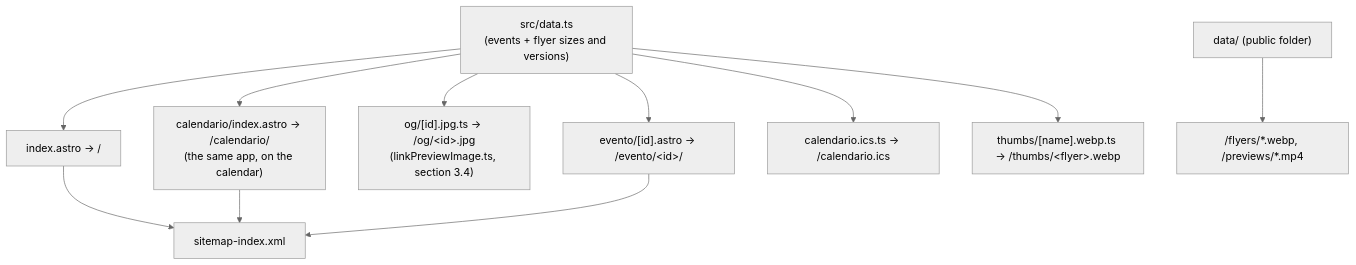
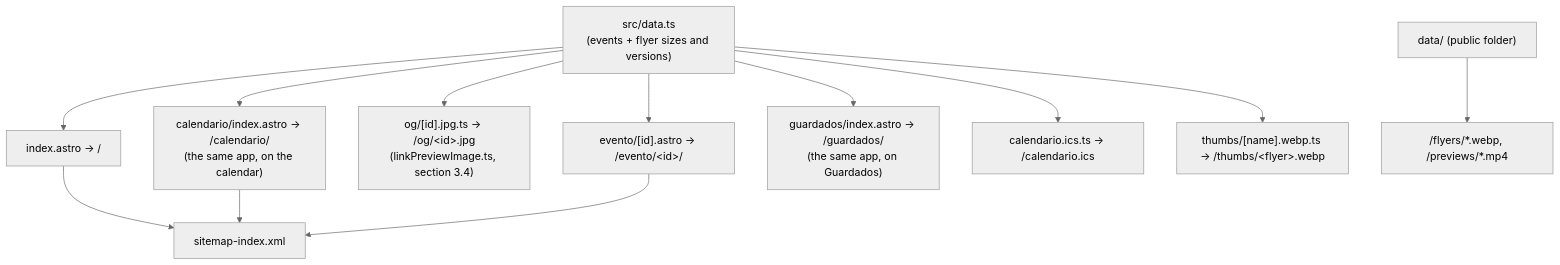
The fourth of 9 diagrams in docs/ARCHITECTURE.md (pa-bailar/pa-bailar.github.io), drawn with Mermaid (neutral theme) before and after one commit. The commit also changed other lines of this file and 36 other files, not shown here.

````diff
--- a/docs/ARCHITECTURE.md
+++ b/docs/ARCHITECTURE.md
@@ -191,13 +192,14 @@
 ```mermaid
 flowchart TD
     D["src/data.ts<br/>(events + flyer sizes and versions)"] --> IDX["index.astro → /"]
     D --> EVT["evento/[id].astro → /evento/&lt;id&gt;/"]
     D --> OG["og/[id].jpg.ts → /og/&lt;id&gt;.jpg<br/>(linkPreviewImage.ts, section 3.4)"]
     D --> CAL["calendario/index.astro → /calendario/<br/>(the same app, on the calendar)"]
+    D --> SAV["guardados/index.astro → /guardados/<br/>(the same app, on Guardados)"]
     D --> ICS["calendario.ics.ts → /calendario.ics"]
     D --> TH["thumbs/[name].webp.ts → /thumbs/&lt;flyer&gt;.webp"]
     IDX --> SM["sitemap-index.xml"]
     CAL --> SM
     EVT --> SM
     PUB["data/ (public folder)"] --> FLY["/flyers/*.webp, /previews/*.mp4"]
 ```
````
